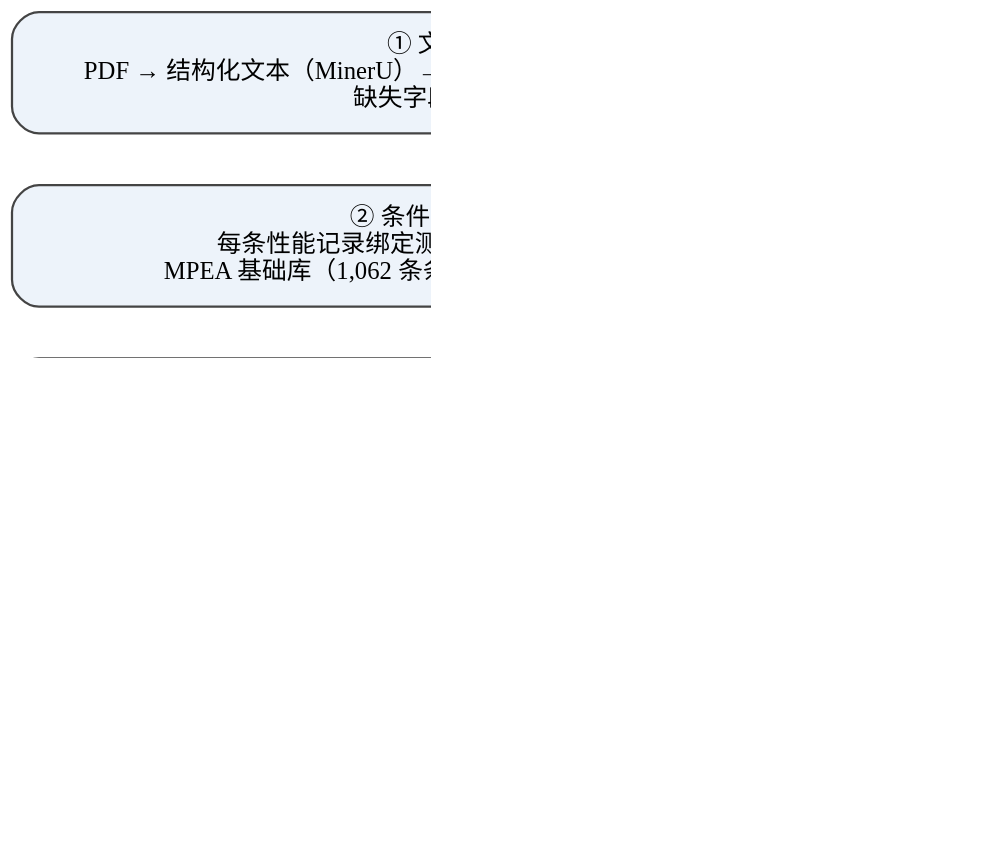
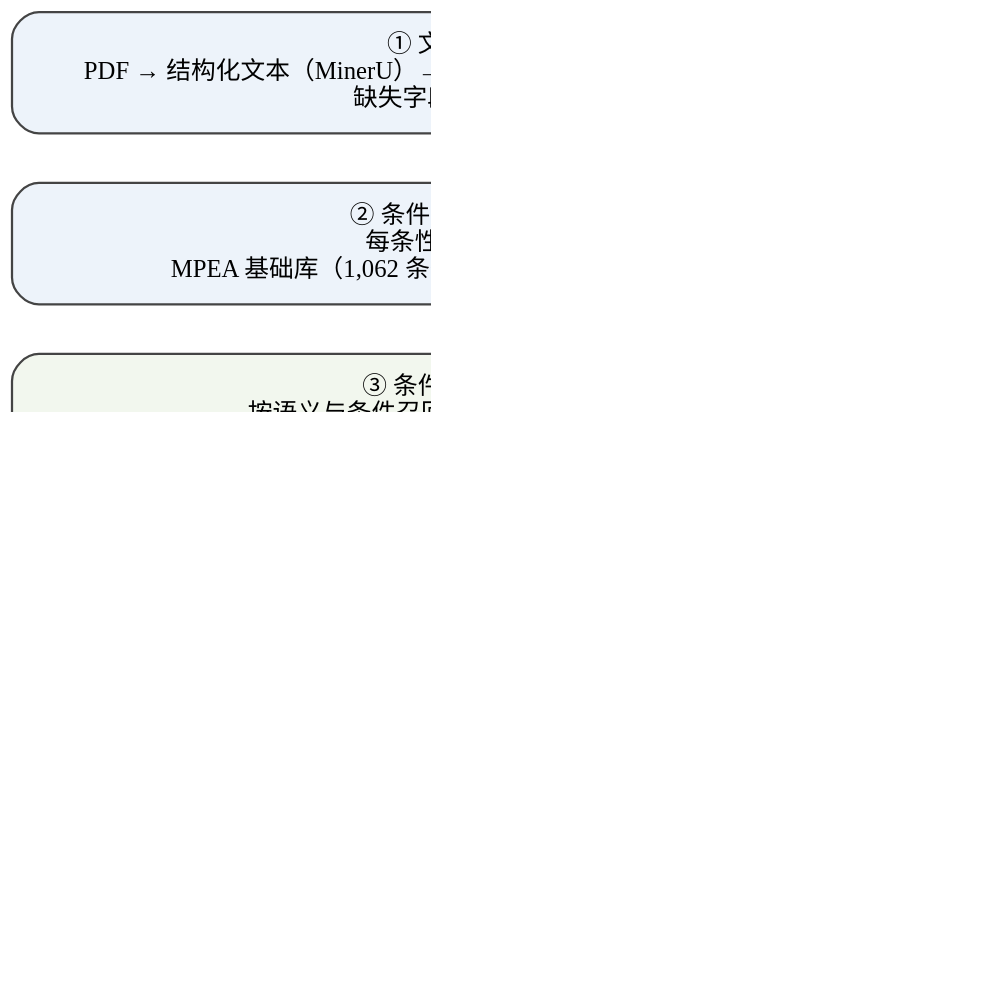
One commit to ywb-git/my-paper changed the diagram in 开题报告_领域小模型蒸馏与知识增强/V4_范本对齐_2026-10-26/技术路线.dot. Above: the diagram before and after it, drawn with Graphviz. The commit also changed 3 other files, not shown here.

First line of the commit message:
技术路线图扩为六环节并同步 HTML：补入多步 Agent 层与语料来源

```diff
--- a/开题报告_领域小模型蒸馏与知识增强/V4_范本对齐_2026-10-26/技术路线.dot
+++ b/开题报告_领域小模型蒸馏与知识增强/V4_范本对齐_2026-10-26/技术路线.dot
@@ -1,12 +1,13 @@
 digraph G {
-  graph [rankdir=TB, bgcolor="white", nodesep=0.3, ranksep=0.32, dpi=180];
+  graph [rankdir=TB, bgcolor="white", nodesep=0.3, ranksep=0.3, dpi=180];
   node [shape=box, style="rounded,filled", fontname="SimSun", fontsize=11,
         fillcolor="#FFFFFF", color="#444444", margin="0.2,0.13", width=6.5];
   edge [color="#555555", arrowsize=0.7];
   a [label="① 文献解析与条件字段抽取\nPDF → 结构化文本（MinerU）→ 抽取成分、性能、测试温度、制备工艺、试验类型\n缺失字段标注为未知，不默认填充", fillcolor="#EDF3FA"];
-  b [label="② 条件元组绑定与本地知识库构建\n每条性能记录绑定测试温度、制备工艺、试验类型三类条件\nMPEA 基础库（1,062 条条件完整记录）+ 文献补充库，统一来源标识", fillcolor="#EDF3FA"];
-  c [label="③ 条件感知检索（创新点一）\n按语义与条件召回候选 → 规则判定相符／冲突／未知\n已知冲突候选 5,881 对（另 1,571 对为缺失，不计入冲突）", fillcolor="#F2F7EE"];
-  d [label="④ 条件处置与答案生成（创新点二）\n规则弱标签（仅标注起点）＋ 人工核验确定最终处置\n教师示范逐项说明：哪个槽位冲突、问题意图为何、证据承担何角色\n小模型经过程示范蒸馏后补位 → 答案按正确性判定", fillcolor="#FBF3EC"];
-  e [label="⑤ 评估与归因\n答案正确率（条件敏感／无关分组）；正确性与标注完整性分开计分\n同题受控加减干扰度量条件处理的作用；有／无干扰分层作机制线索\n错误三类归因、Oracle 设置分离检索与生成环节", fillcolor="#EFEFEF", penwidth=1.5];
-  a -> b -> c -> d -> e;
+  b [label="② 条件字段绑定与本地知识库构建\n每条性能记录绑定三类条件字段\nMPEA 基础库（1,062 条条件完整记录）＋ 约两万篇论文语料补充库", fillcolor="#EDF3FA"];
+  c [label="③ 条件感知检索（研究内容一）\n按语义与条件召回候选 → 规则判定相符／冲突／未知\n已知冲突候选 5,881 对（另 1,571 对为缺失，不计入冲突）", fillcolor="#F2F7EE"];
+  d [label="④ 条件处置与答案生成（研究内容二）\n规则弱标签（仅标注起点）＋ 人工核验确定最终处置\n教师示范逐项说明槽位冲突／问题意图／证据角色 → 小模型蒸馏补位", fillcolor="#FBF3EC"];
+  e [label="⑤ 多步 Agent 执行与决策留痕（验证载体）\n固定动作空间：检索／条件判定／证据取舍／澄清追问／终止作答\n逐轮保存状态与动作依据；执行器不主张算法创新", fillcolor="#F5EEF8"];
+  f [label="⑥ 评估与归因\n主指标：分问题类型答案正确率；正确性与标注完整性分开计分\n同题受控加减干扰度量条件处理作用；补充指标：任务完成度\n错误三类归因、Oracle 设置分离检索与生成环节", fillcolor="#EFEFEF", penwidth=1.5];
+  a -> b -> c -> d -> e -> f;
 }
```
